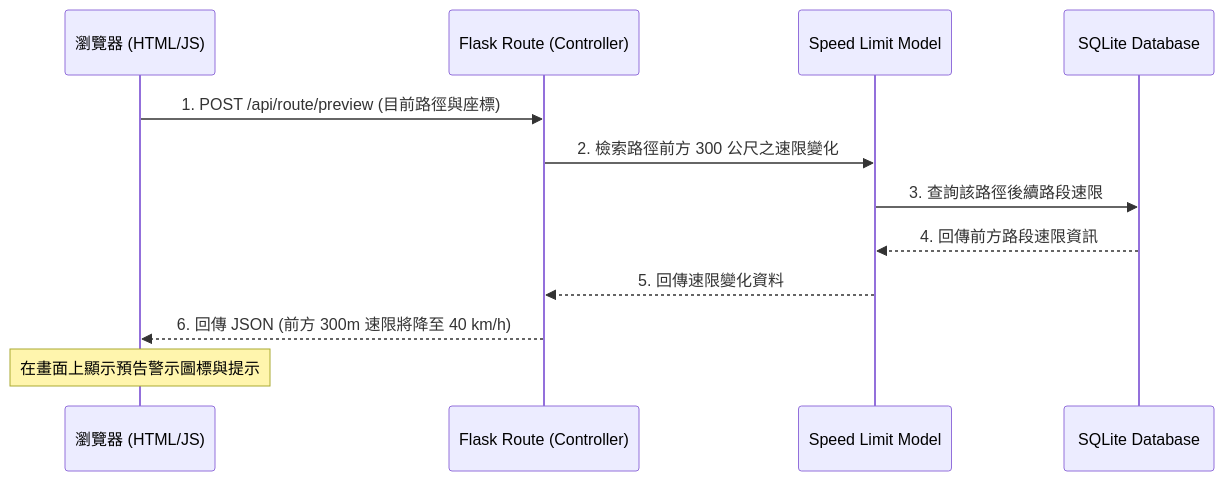
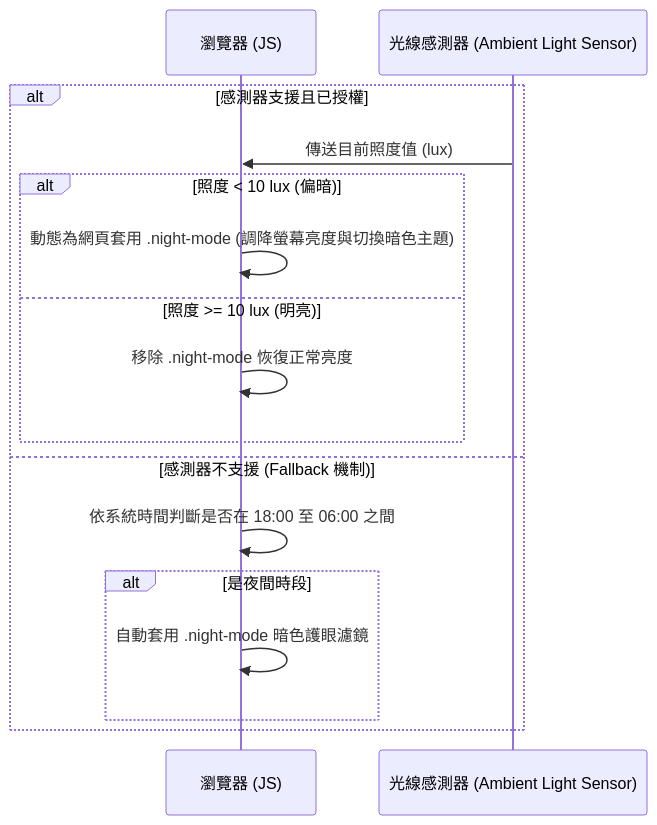
The second of 2 diagrams in docs/ARCHITECTURE.md (tela1111222-spec/googlemaps), drawn with Mermaid before and after one commit. The commit also changed other lines of this file, not shown here.

Commit message:
docs: add system architecture

````diff
--- a/docs/ARCHITECTURE.md
+++ b/docs/ARCHITECTURE.md
@@ -90,15 +93,19 @@
 ```mermaid
 sequenceDiagram
-    participant Browser as 瀏覽器 (HTML/JS)
-    participant Route as Flask Route (Controller)
-    participant Model as Speed Limit Model
-    participant DB as SQLite Database
-
-    Browser->>Route: 1. POST /api/route/preview (目前路徑與座標)
-    Route->>Model: 2. 檢索路徑前方 300 公尺之速限變化
-    Model->>DB: 3. 查詢該路徑後續路段速限
-    DB-->>Model: 4. 回傳前方路段速限資訊
-    Model-->>Route: 5. 回傳速限變化資料
-    Route-->>Browser: 6. 回傳 JSON (前方 300m 速限將降至 40 km/h)
-    Note over Browser: 在畫面上顯示預告警示圖標與提示
+    participant Browser as 瀏覽器 (JS)
+    participant Sensor as 光線感測器 (Ambient Light Sensor)
+    
+    alt 感測器支援且已授權
+        Sensor->>Browser: 傳送目前照度值 (lux)
+        alt 照度 < 10 lux (偏暗)
+            Browser->>Browser: 動態為網頁套用 .night-mode (調降螢幕亮度與切換暗色主題)
+        else 照度 >= 10 lux (明亮)
+            Browser->>Browser: 移除 .night-mode 恢復正常亮度
+        end
+    else 感測器不支援 (Fallback 機制)
+        Browser->>Browser: 依系統時間判斷是否在 18:00 至 06:00 之間
+        alt 是夜間時段
+            Browser->>Browser: 自動套用 .night-mode 暗色護眼濾鏡
+        end
+    end
 ```
````
